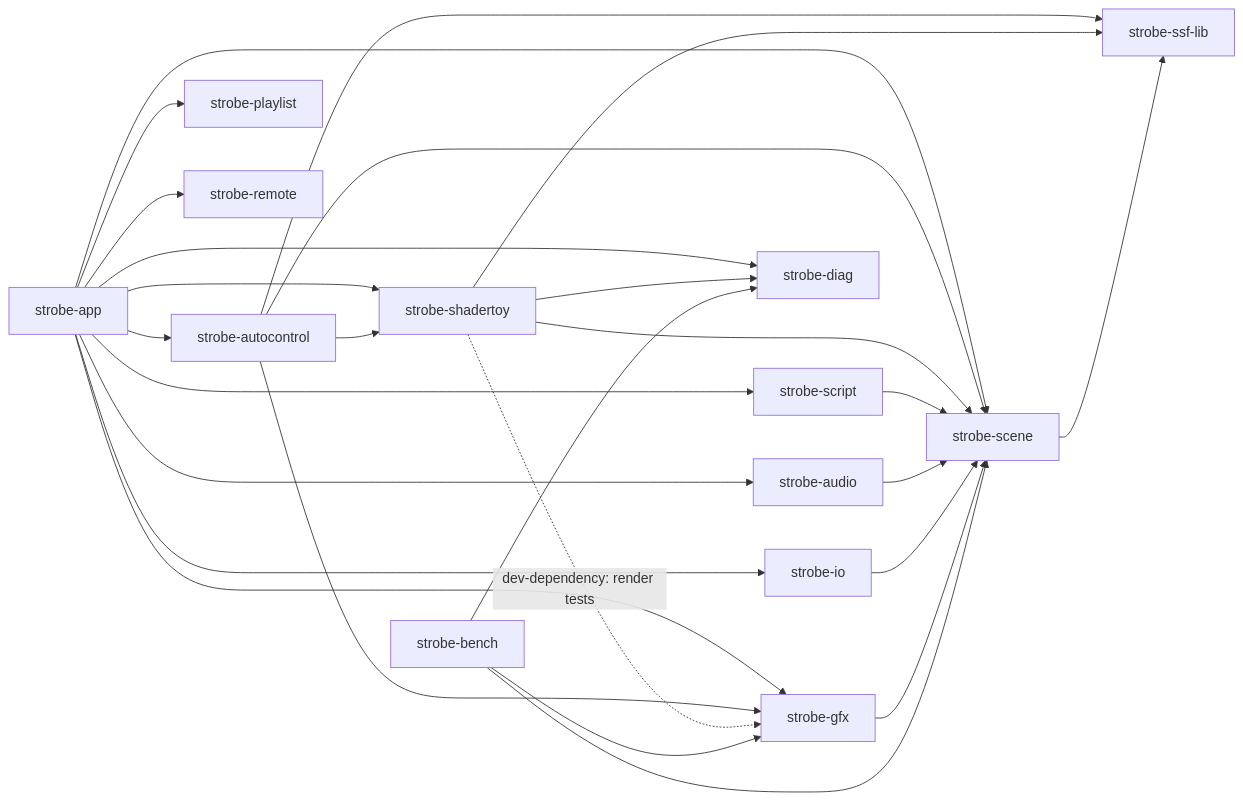
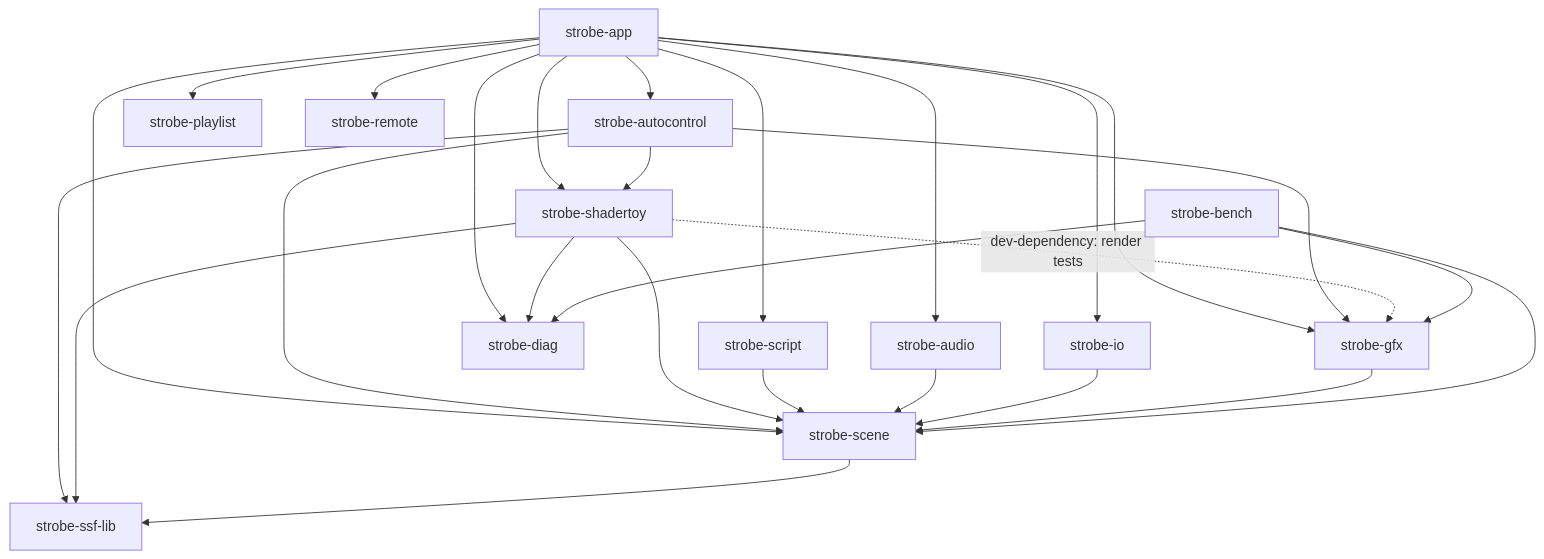
Before and after one commit to lnorton89/strobe: the diagram in docs/ARCHITECTURE.md, drawn with Mermaid.

Commit message:
docs: lay the ARCHITECTURE crate graph out top-down

````diff
--- a/docs/ARCHITECTURE.md
+++ b/docs/ARCHITECTURE.md
@@ -38,10 +38,10 @@
 ```mermaid
-flowchart LR
+flowchart TD
     app[strobe-app] --> shadertoy[strobe-shadertoy] & autocontrol[strobe-autocontrol] & script[strobe-script] & audio[strobe-audio] & io[strobe-io] & gfx[strobe-gfx] & scene[strobe-scene] & playlist[strobe-playlist] & remote[strobe-remote] & diag[strobe-diag]
     autocontrol --> shadertoy & gfx & scene & ssf[strobe-ssf-lib]
     shadertoy --> scene & ssf & diag
     shadertoy -. "dev-dependency: render tests" .-> gfx
     script & audio & io & gfx --> scene
     scene --> ssf
     bench[strobe-bench] --> gfx & scene & diag
 ```
````
